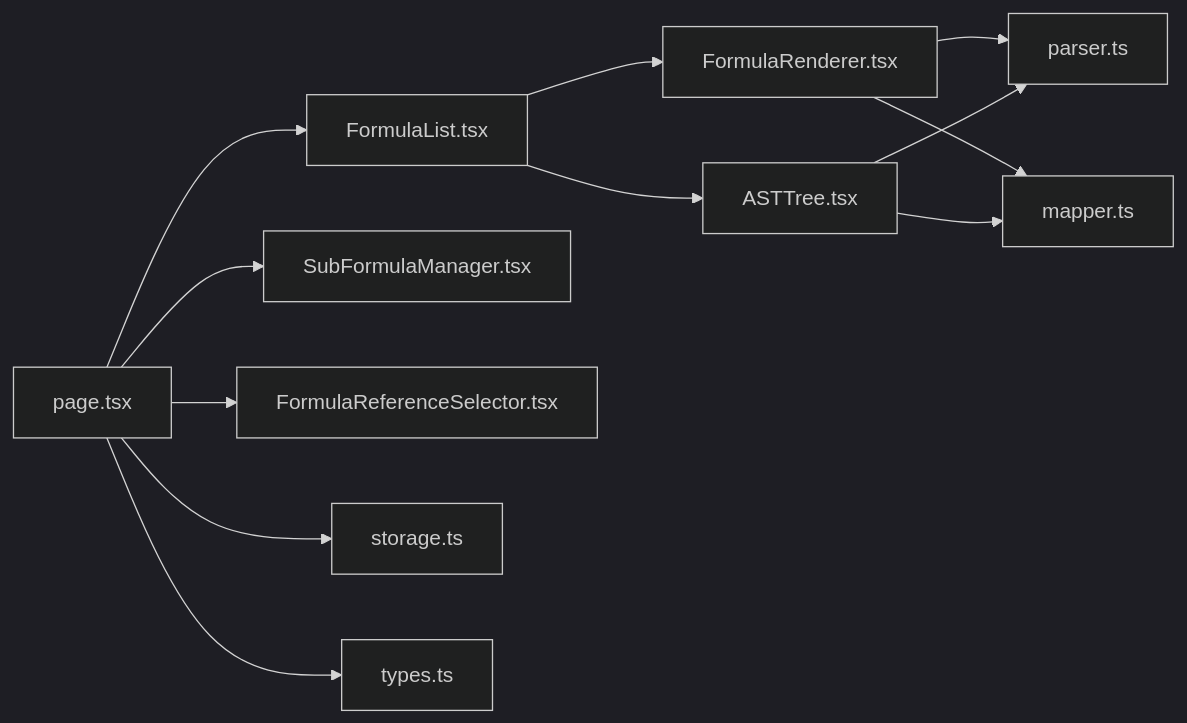
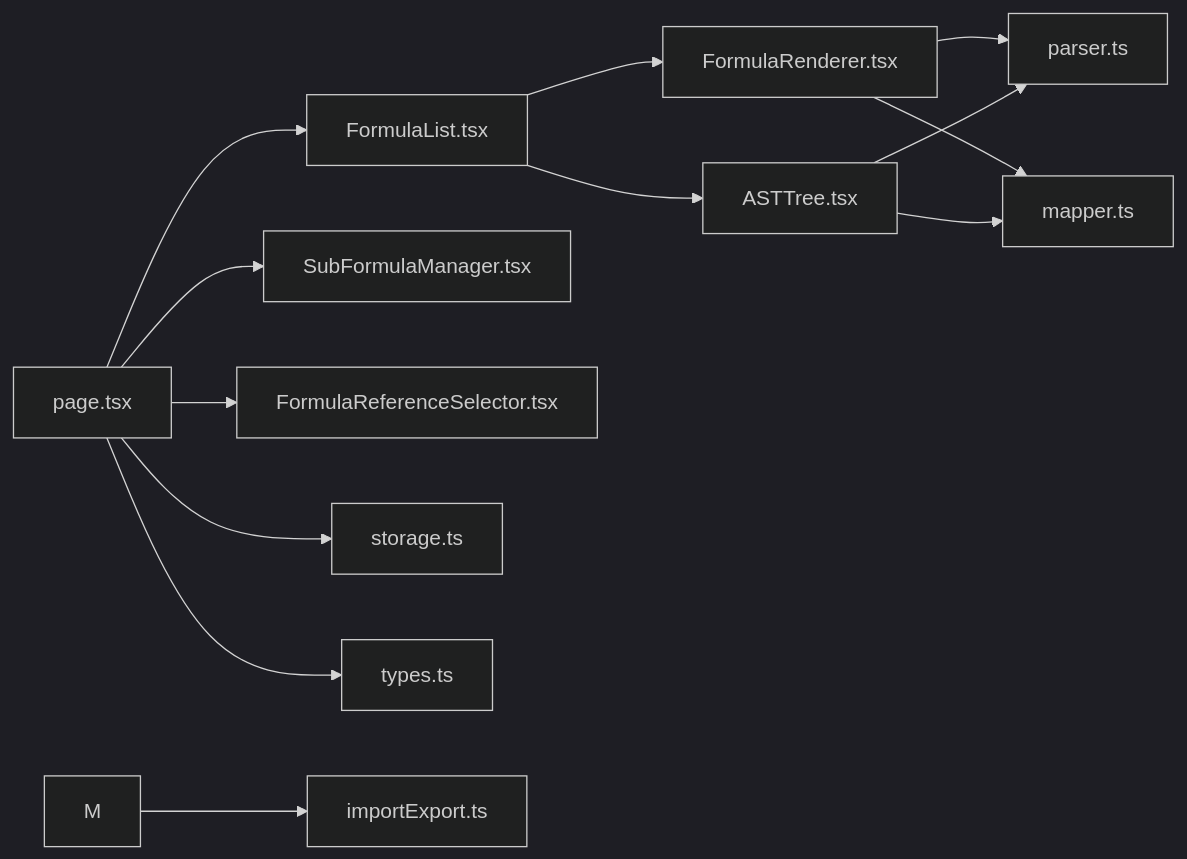
The third of 5 diagrams in .qoder/repowiki/zh/content/用户指南/公式管理/公式管理.md (steveyu2/formula-mapper), drawn with Mermaid (dark theme) before and after one commit. The commit also changed other lines of this file and 10 other files, not shown here.

````diff
--- a/.qoder/repowiki/zh/content/用户指南/公式管理/公式管理.md
+++ b/.qoder/repowiki/zh/content/用户指南/公式管理/公式管理.md
@@ -258,14 +290,15 @@
 ```mermaid
 graph LR
 P["page.tsx"] --> L["FormulaList.tsx"]
 P --> S["SubFormulaManager.tsx"]
 P --> RS["FormulaReferenceSelector.tsx"]
 L --> FR["FormulaRenderer.tsx"]
 L --> AM["ASTTree.tsx"]
 FR --> PR["parser.ts"]
 FR --> MR["mapper.ts"]
 AM --> PR
 AM --> MR
 P --> ST["storage.ts"]
 P --> TP["types.ts"]
+M --> IE["importExport.ts"]
 ```
````
